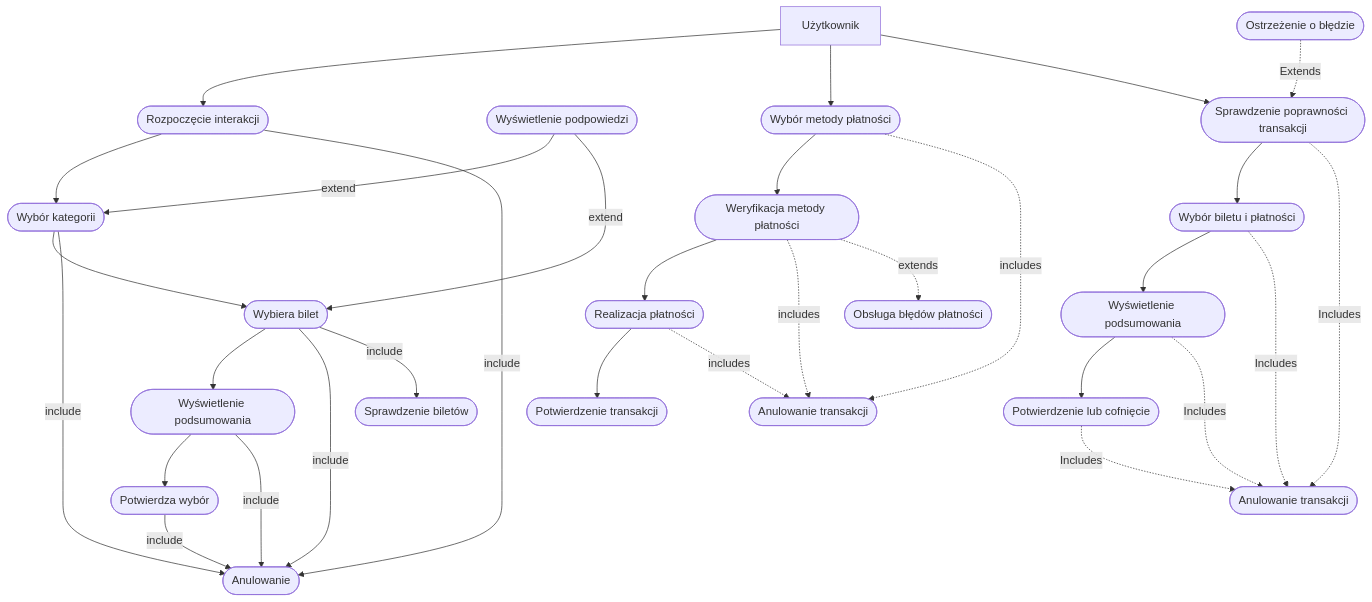
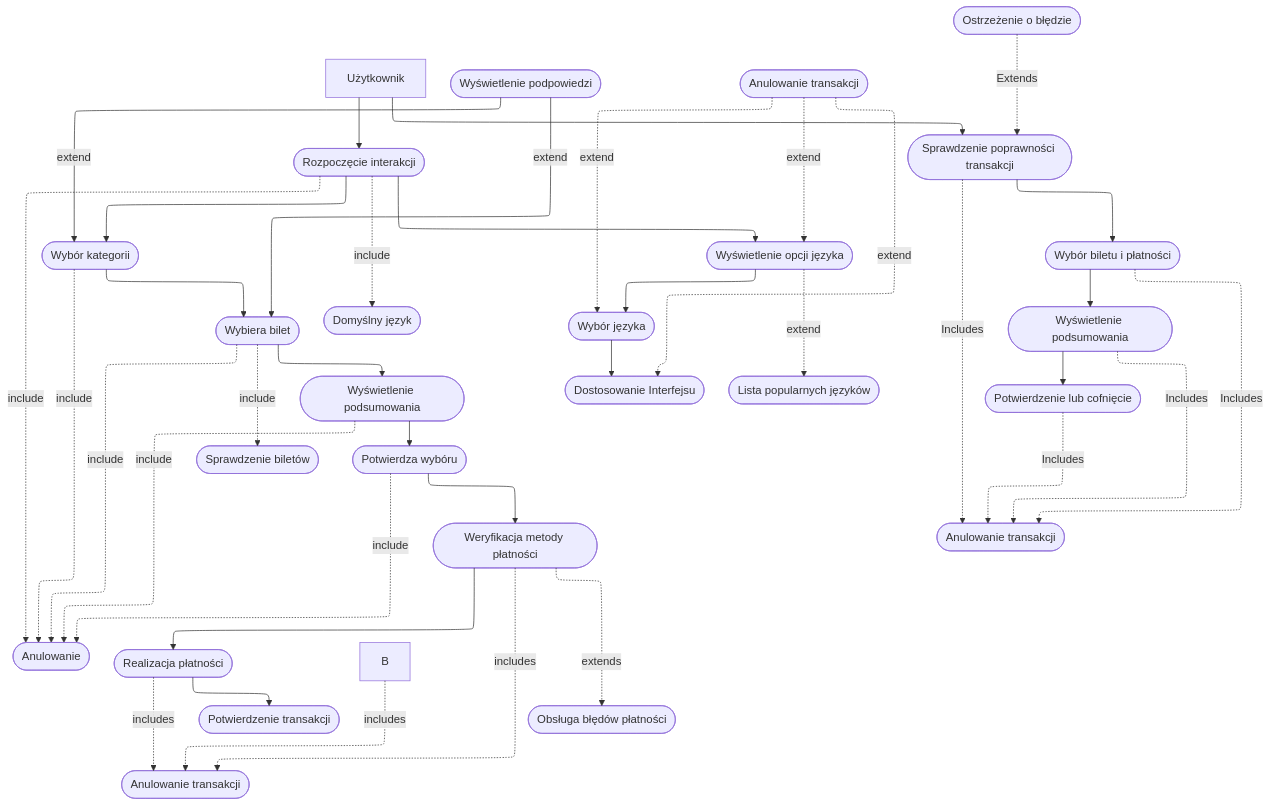
The fifth of 5 diagrams in uzytkownik.md (s3r10us3r/mwo_lab4), drawn with Mermaid before and after one commit. The commit also changed other lines of this file, not shown here.

Commit message:
moje plus scalaone

````diff
--- a/uzytkownik.md
+++ b/uzytkownik.md
@@ -67,50 +78,37 @@
 ```mermaid
+---
+config:
+  layout: elk
+---
 flowchart TD
-    %% --- SZYBKI WYBÓR RODZAJU BILETU ---
-    Uzytkownik["Użytkownik"] --> PodchodziDoBiletomatu(["Rozpoczęcie interakcji"])
-    PodchodziDoBiletomatu --> WybieraKategorieBiletu(["Wybór kategorii"])
+    Uzytkownik["Użytkownik"] --> PodchodziDoBiletomatu(["Rozpoczęcie interakcji"]) & B2(["Sprawdzenie poprawności transakcji"])
+    PodchodziDoBiletomatu --> WybieraKategorieBiletu(["Wybór kategorii"]) & WyswietlenieOpcjiJezyka(["Wyświetlenie opcji języka"])
     WybieraKategorieBiletu --> WybieraBilet(["Wybiera bilet"])
     WybieraBilet --> WyświetleniePodsumowania(["Wyświetlenie podsumowania"])
-    WybieraKategorieBiletu -- include --> Anulowanie(["Anulowanie"])
-    WybieraBilet -- include --> Anulowanie & SprawdzenieBiletów(["Sprawdzenie biletów"])
-    WyświetleniePodsumowania --> PotwierdzaBilet(["Potwierdza wybór"])
-    PodchodziDoBiletomatu -- include --> Anulowanie
-    WyświetleniePodsumowania -- include --> Anulowanie
-
-    %% Wyświetlanie dodatkowych podpowiedzi (zależne od rozszerzenia)
-    WyświetleniePodpowiedzi(["Wyświetlenie podpowiedzi"]) -- extend --> WybieraKategorieBiletu
-    WyświetleniePodpowiedzi -- extend --> WybieraBilet
-
-    PotwierdzaBilet -- include --> Anulowanie
-
-    %% --- PRZEJŚCIE DO PŁATNOŚCI ZA BILET ---
-    Uzytkownik --> B@{shape: stadium, label: "Wybór metody płatności"}
-    B --> C@{shape: stadium, label: "Weryfikacja metody płatności"}
-    C --> D@{shape: stadium, label: "Realizacja płatności"}
-    D --> E@{shape: stadium, label: "Potwierdzenie transakcji"}
-    F@{shape: stadium, label: "Anulowanie transakcji"}
-
-    %% Uwzględnienie Anulowania i Obsługi błędów w procesie płatności
-    B -.includes.-> F
-    C -.includes.-> F
-    D -.includes.-> F
-    C -.extends.-> G@{shape: stadium, label: "Obsługa błędów płatności"}
-
-    
-   Uzytkownik --> B1@{shape: stadium, label: "Sprawdzenie poprawności transakcji"}
-   B1 --> E1@{shape: stadium, label: "Wybór biletu i płatności"}
-   E1 --> C1@{shape: stadium, label: "Wyświetlenie podsumowania"}
-   C1 --> D1@{shape: stadium, label: "Potwierdzenie lub cofnięcie"}
-   
-   
-
-   F1@{shape: stadium, label: "Anulowanie transakcji"}
-   G1@{shape: stadium, label: "Ostrzeżenie o błędzie"}
-
-   G1 -.Extends.-> B1
-   B1 -.Includes.-> F1
-   C1 -.Includes.-> F1
-   E1 -.Includes.-> F1
-   D1 -.Includes.-> F1
-
+    WybieraKategorieBiletu -. include .-> Anulowanie(["Anulowanie"])
+    WybieraBilet -. include .-> Anulowanie & SprawdzenieBiletów(["Sprawdzenie biletów"])
+    PotwierdzaBilet(["Potwierdza wybóru"]) -. include .-> Anulowanie
+    Wyświetleniepodpowiedzi(["Wyświetlenie podpowiedzi"]) -- extend --> WybieraKategorieBiletu & WybieraBilet
+    WyświetleniePodsumowania --> PotwierdzaBilet
+    PodchodziDoBiletomatu -. include .-> Anulowanie & DomyslnyJezyk(["Domyślny język"])
+    WyświetleniePodsumowania -. include .-> Anulowanie
+    WyswietlenieOpcjiJezyka --> WybórJęzyka(["Wybór języka"])
+    WybórJęzyka --> DostosowanieInterfejsu(["Dostosowanie Interfejsu"])
+    Anulowanietransakcji(["Anulowanie transakcji"]) -. extend .-> WybórJęzyka & DostosowanieInterfejsu & WyswietlenieOpcjiJezyka
+    WyswietlenieOpcjiJezyka -. extend .-> ListaPop(["Lista popularnych języków"])
+    PotwierdzaBilet --> C(["Weryfikacja metody płatności"])
+    C --> D(["Realizacja płatności"])
+    D --> E(["Potwierdzenie transakcji"])
+    B["B"] -. includes .-> F(["Anulowanie transakcji"])
+    C -. includes .-> F
+    D -. includes .-> F
+    C -. extends .-> G(["Obsługa błędów płatności"])
+    B2 --> E2(["Wybór biletu i płatności"])
+    E2 --> C2(["Wyświetlenie podsumowania"])
+    C2 --> D2(["Potwierdzenie lub cofnięcie"])
+    G2(["Ostrzeżenie o błędzie"]) -. Extends .-> B2
+    B2 -. Includes .-> F2(["Anulowanie transakcji"])
+    C2 -. Includes .-> F2
+    E2 -. Includes .-> F2
+    D2 -. Includes .-> F2
 ```
````
